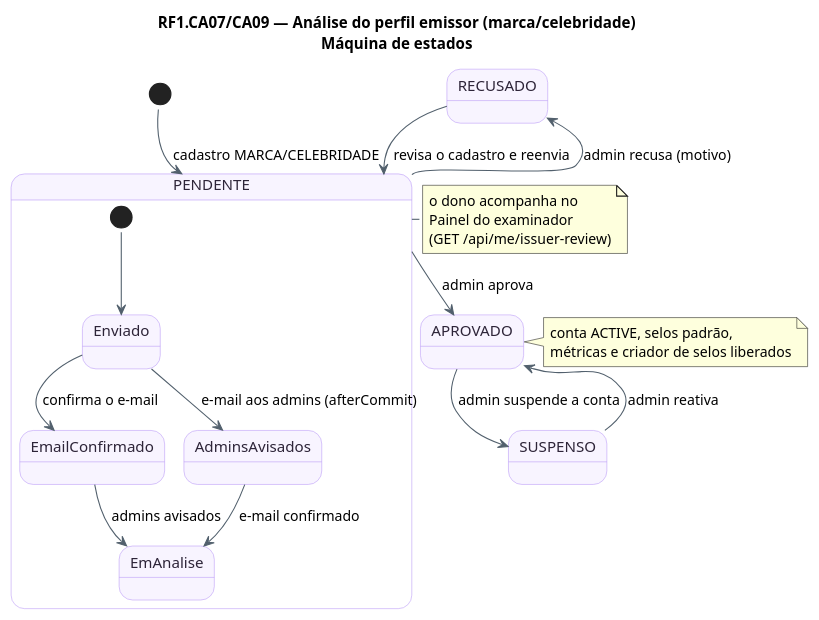
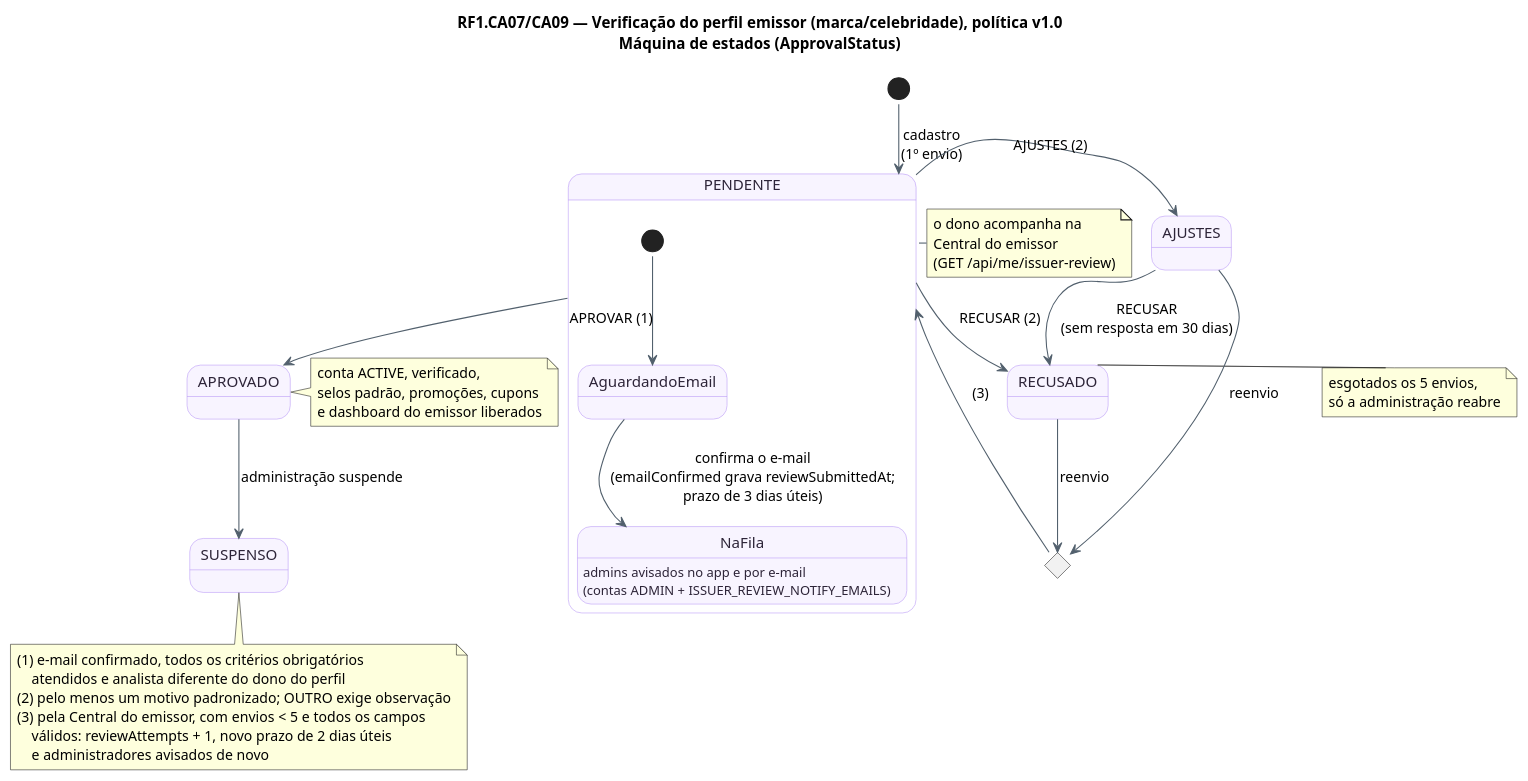
The diagram in docs/diagramas/RF1-painel-do-examinador/RF1-examinador-estados.puml (MatheusHaliski/tcc-2026-fashion-ai-backend), drawn with PlantUML before and after one commit. The commit also changed 12 other files, not shown here.

First line of the commit message:
Docs: diagramas do RF1 no fluxo atual da verificação do emissor e taxonomia regerada sobre o main

```diff
--- a/docs/diagramas/RF1-painel-do-examinador/RF1-examinador-estados.puml
+++ b/docs/diagramas/RF1-painel-do-examinador/RF1-examinador-estados.puml
@@ -1,26 +1,37 @@
 @startuml RF1_Examinador_Estados
 !pragma layout smetana
-title RF1.CA07/CA09 — Análise do perfil emissor (marca/celebridade)\nMáquina de estados
+title RF1.CA07/CA09 — Verificação do perfil emissor (marca/celebridade), política v1.0\nMáquina de estados (ApprovalStatus)
 skinparam backgroundColor #FFFFFF
 skinparam state {
   BackgroundColor #F8F4FF
   BorderColor #B695F5
   FontColor #2D2438
   ArrowColor #52606D
 }
-[*] --> PENDENTE : cadastro MARCA/CELEBRIDADE
+[*] --> PENDENTE : cadastro\n(1º envio)
 state PENDENTE {
-  [*] --> Enviado
-  Enviado --> EmailConfirmado : confirma o e-mail
-  Enviado --> AdminsAvisados : e-mail aos admins (afterCommit)
-  EmailConfirmado --> EmAnalise : admins avisados
-  AdminsAvisados --> EmAnalise : e-mail confirmado
+  [*] --> AguardandoEmail
+  AguardandoEmail --> NaFila : confirma o e-mail\n(emailConfirmed grava reviewSubmittedAt;\nprazo de 3 dias úteis)
+  NaFila : admins avisados no app e por e-mail\n(contas ADMIN + ISSUER_REVIEW_NOTIFY_EMAILS)
 }
-PENDENTE --> APROVADO : admin aprova
-PENDENTE --> RECUSADO : admin recusa (motivo)
-APROVADO --> SUSPENSO : admin suspende a conta
-SUSPENSO --> APROVADO : admin reativa
-RECUSADO --> PENDENTE : revisa o cadastro e reenvia
-note right of APROVADO : conta ACTIVE, selos padrão,\nmétricas e criador de selos liberados
-note right of PENDENTE : o dono acompanha no\nPainel do examinador\n(GET /api/me/issuer-review)
+PENDENTE --> APROVADO : APROVAR (1)
+PENDENTE --> AJUSTES : AJUSTES (2)
+PENDENTE --> RECUSADO : RECUSAR (2)
+AJUSTES --> RECUSADO : RECUSAR\n(sem resposta em 30 dias)
+state Reenvio <<choice>>
+AJUSTES --> Reenvio : reenvio
+RECUSADO --> Reenvio : reenvio
+Reenvio --> PENDENTE : (3)
+APROVADO --> SUSPENSO : administração suspende
+note bottom of SUSPENSO
+(1) e-mail confirmado, todos os critérios obrigatórios
+    atendidos e analista diferente do dono do perfil
+(2) pelo menos um motivo padronizado; OUTRO exige observação
+(3) pela Central do emissor, com envios < 5 e todos os campos
+    válidos: reviewAttempts + 1, novo prazo de 2 dias úteis
+    e administradores avisados de novo
+end note
+note right of APROVADO : conta ACTIVE, verificado,\nselos padrão, promoções, cupons\ne dashboard do emissor liberados
+note right of RECUSADO : esgotados os 5 envios,\nsó a administração reabre
+note left of PENDENTE : o dono acompanha na\nCentral do emissor\n(GET /api/me/issuer-review)
 @enduml
```
